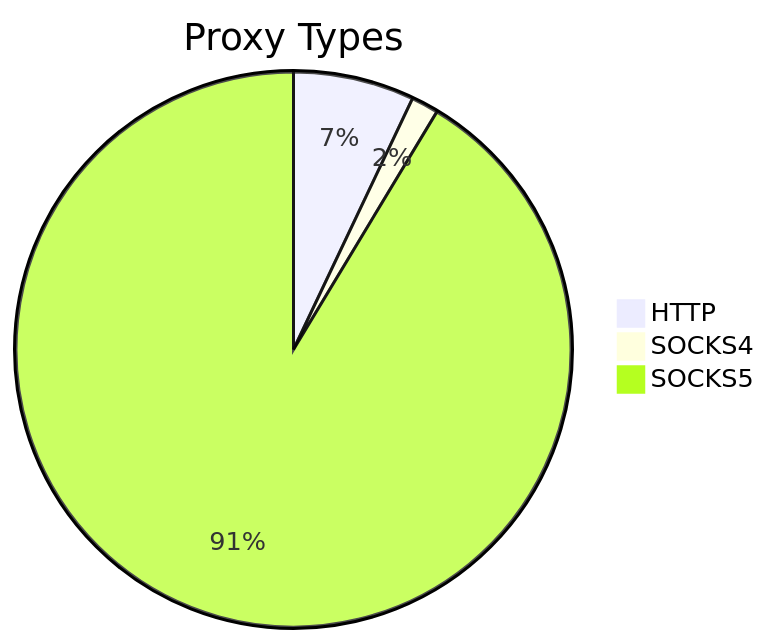
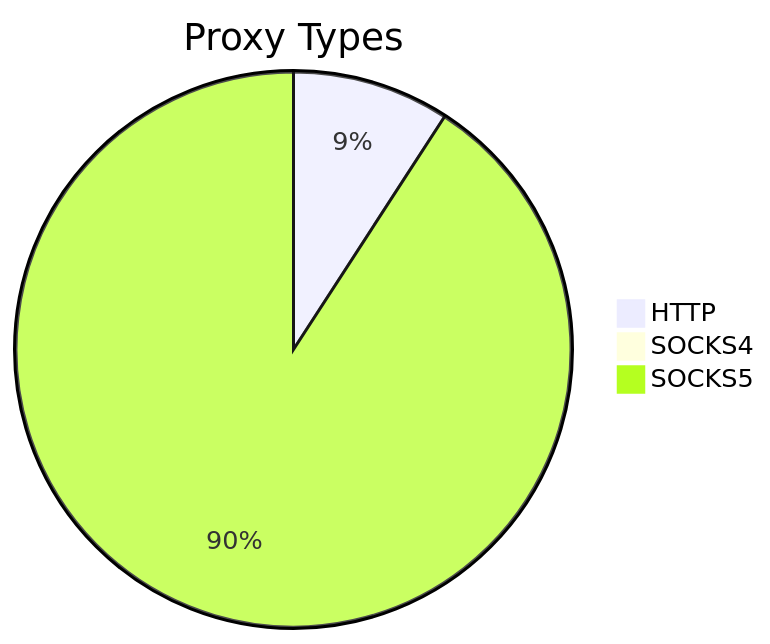
The first of 2 diagrams in README.md (stormsia/proxy-list), drawn with Mermaid before and after one commit. The commit also changed other lines of this file, not shown here.

````diff
--- a/README.md
+++ b/README.md
@@ -21,6 +21,6 @@
 ```mermaid
 pie title Proxy Types
-    "HTTP" : 385
-    "SOCKS4" : 87
-    "SOCKS5" : 4991
+    "HTTP" : 474
+    "SOCKS4" : 38
+    "SOCKS5" : 4701
 ```
````
